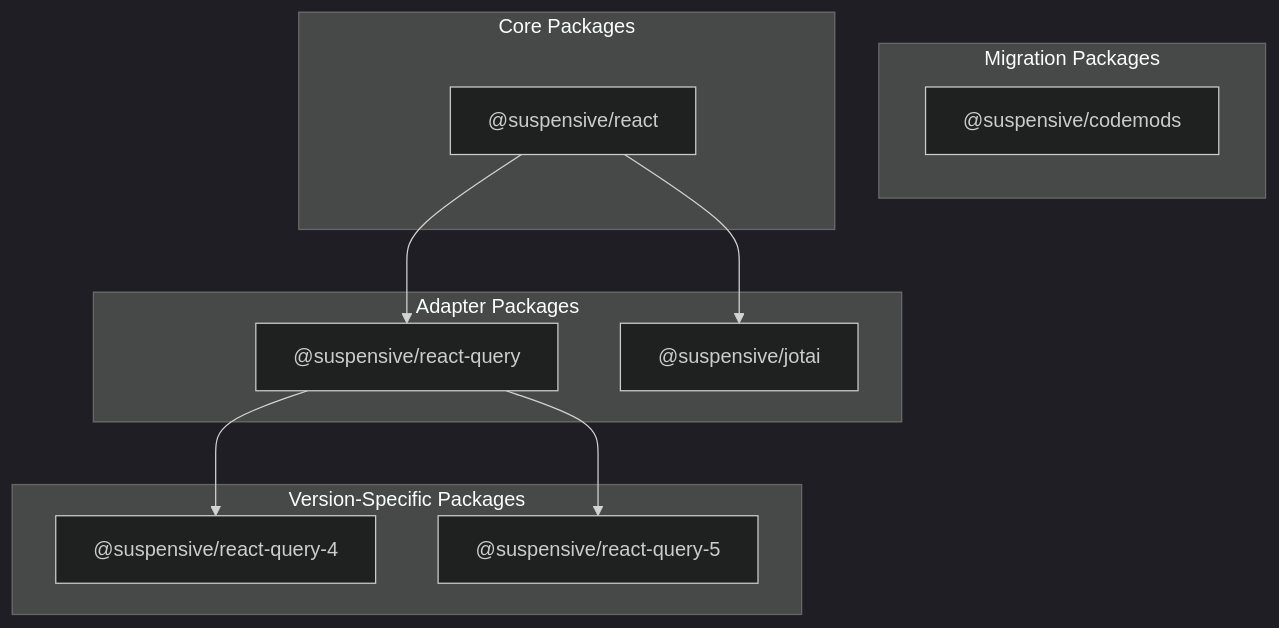
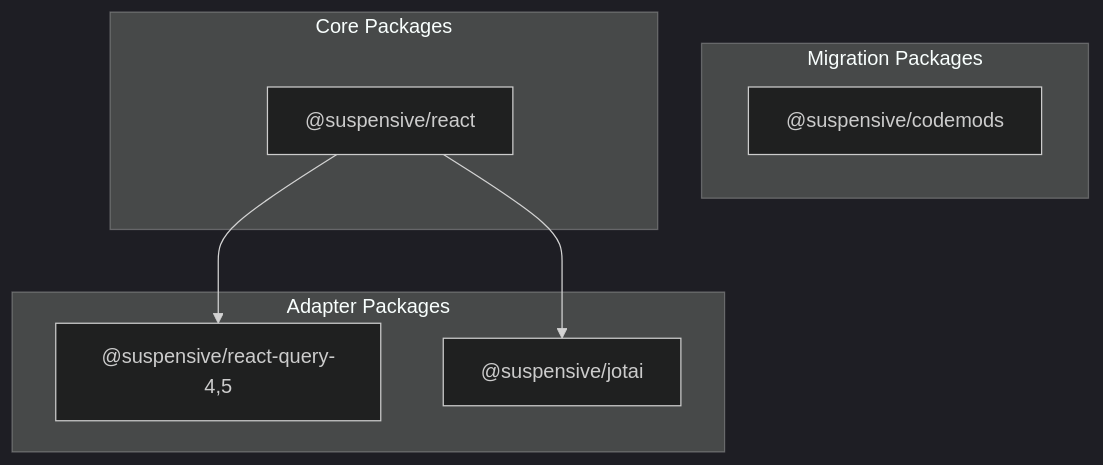
One commit to toss/suspensive changed the first of 2 diagrams in docs/suspensive.org/src/content/en/docs/introduction.mdx. Above: the diagram before and after it, drawn with Mermaid (dark theme). The commit also changed other lines of this file and 1 other file, not shown here.

First line of the commit message:
docs: update introduction documentation for @suspensive/react-query

````diff
--- a/docs/suspensive.org/src/content/en/docs/introduction.mdx
+++ b/docs/suspensive.org/src/content/en/docs/introduction.mdx
@@ -24,22 +24,16 @@
 ```mermaid
 graph TD;
     subgraph DD ["Migration Packages"]
         E["@suspensive/codemods"]
     end
     subgraph AA ["Core Packages"]
         A["@suspensive/react"]
     end
     subgraph BB ["Adapter Packages"]
-        C["@suspensive/react-query"]
+        C["@suspensive/react-query-4,5"]
         D["@suspensive/jotai"]
-    end
-    subgraph CC ["Version-Specific Packages"]
-        F["@suspensive/react-query-4"]
-        G["@suspensive/react-query-5"]
     end
 
     A --> C
     A --> D
-    C --> F
-    C --> G
 ```
````
